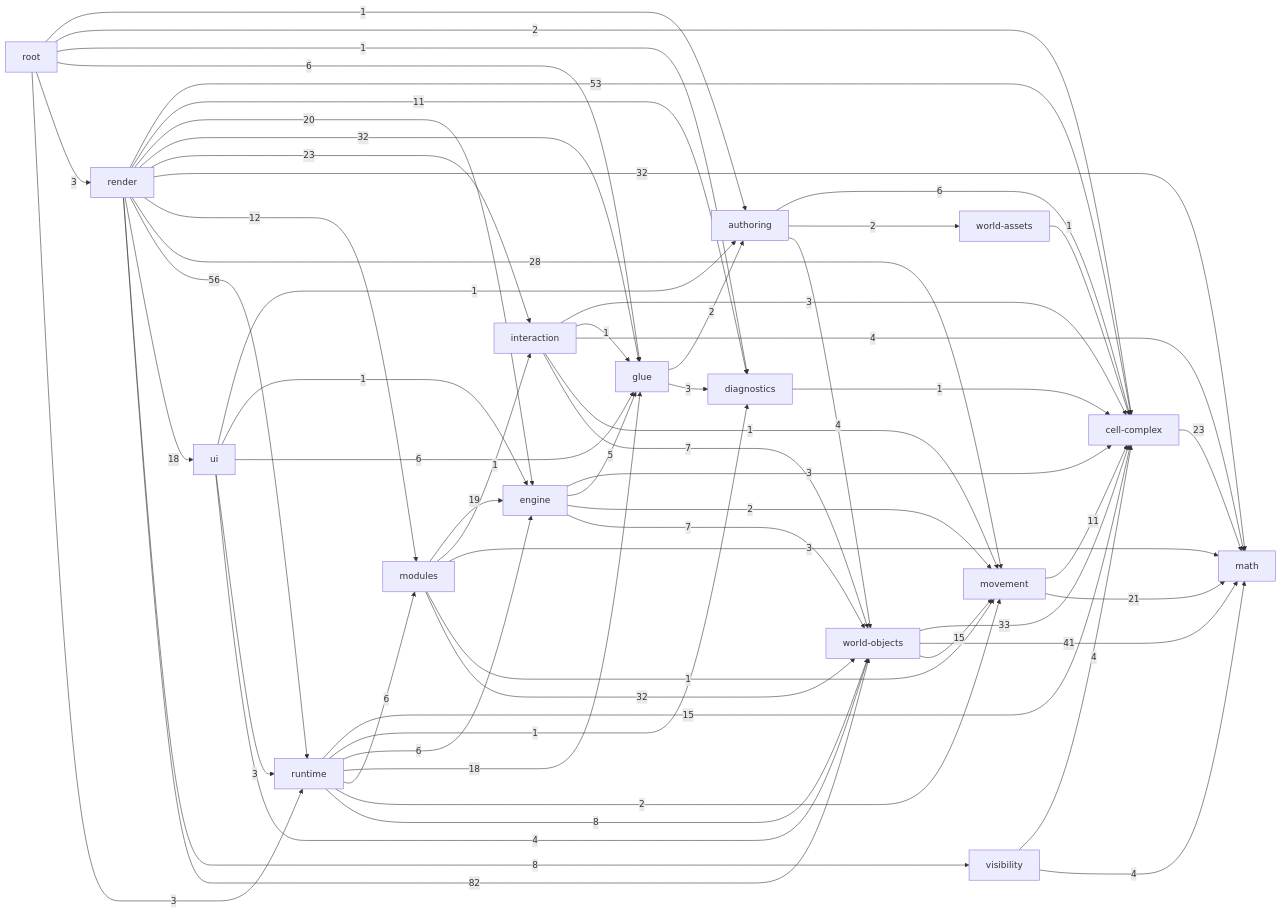
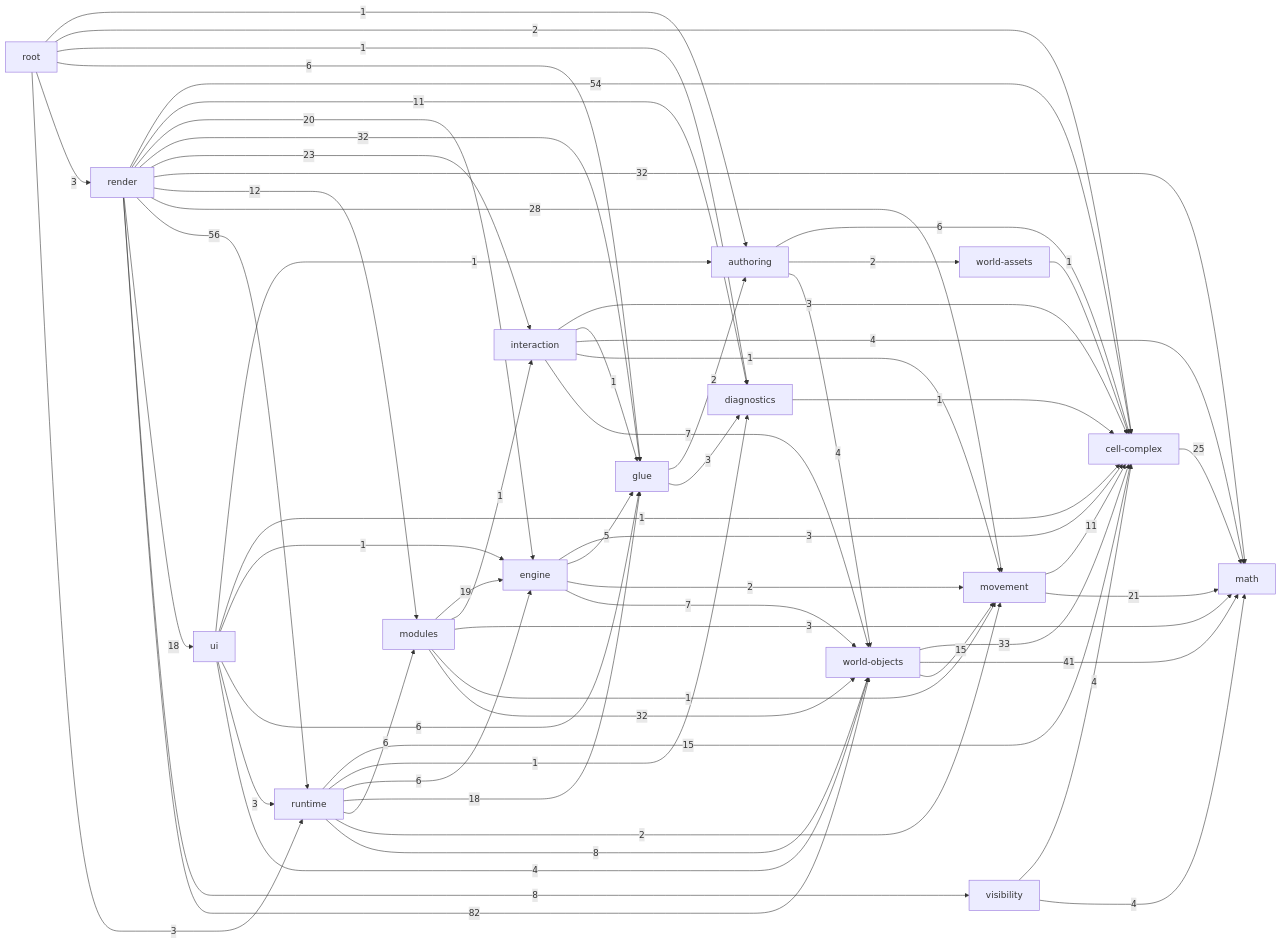
One commit to guraltsev/noneuclid-fpv changed the diagram in _docs/generated/ARCHITECTURE_REFERENCE.md. Above: the diagram before and after it, drawn with Mermaid. The commit also changed other lines of this file and 7 other files, not shown here.

````diff
--- a/_docs/generated/ARCHITECTURE_REFERENCE.md
+++ b/_docs/generated/ARCHITECTURE_REFERENCE.md
@@ -37,78 +37,79 @@
 ```mermaid
 flowchart LR
   math["math"]
   cell_complex["cell-complex"]
   diagnostics["diagnostics"]
   visibility["visibility"]
   movement["movement"]
   world_assets["world-assets"]
   world_objects["world-objects"]
   authoring["authoring"]
   glue["glue"]
   interaction["interaction"]
   engine["engine"]
   modules["modules"]
   runtime["runtime"]
   ui["ui"]
   render["render"]
   root["root"]
   authoring -->|6| cell_complex
   authoring -->|2| world_assets
   authoring -->|4| world_objects
-  cell_complex -->|23| math
+  cell_complex -->|25| math
   diagnostics -->|1| cell_complex
   engine -->|3| cell_complex
   engine -->|5| glue
   engine -->|2| movement
   engine -->|7| world_objects
   glue -->|2| authoring
   glue -->|3| diagnostics
   interaction -->|3| cell_complex
   interaction -->|1| glue
   interaction -->|4| math
   interaction -->|1| movement
   interaction -->|7| world_objects
   modules -->|19| engine
   modules -->|1| interaction
   modules -->|3| math
   modules -->|1| movement
   modules -->|32| world_objects
   movement -->|11| cell_complex
   movement -->|21| math
-  render -->|53| cell_complex
+  render -->|54| cell_complex
   render -->|11| diagnostics
   render -->|20| engine
   render -->|32| glue
   render -->|23| interaction
   render -->|32| math
   render -->|12| modules
   render -->|28| movement
   render -->|56| runtime
   render -->|18| ui
   render -->|8| visibility
   render -->|82| world_objects
   root -->|1| authoring
   root -->|2| cell_complex
   root -->|1| diagnostics
   root -->|6| glue
   root -->|3| render
   root -->|3| runtime
   runtime -->|15| cell_complex
   runtime -->|1| diagnostics
   runtime -->|6| engine
   runtime -->|18| glue
   runtime -->|6| modules
   runtime -->|2| movement
   runtime -->|8| world_objects
   ui -->|1| authoring
+  ui -->|1| cell_complex
   ui -->|1| engine
   ui -->|6| glue
   ui -->|3| runtime
   ui -->|4| world_objects
   visibility -->|4| cell_complex
   visibility -->|4| math
   world_assets -->|1| cell_complex
   world_objects -->|33| cell_complex
   world_objects -->|41| math
   world_objects -->|15| movement
 ```
````
